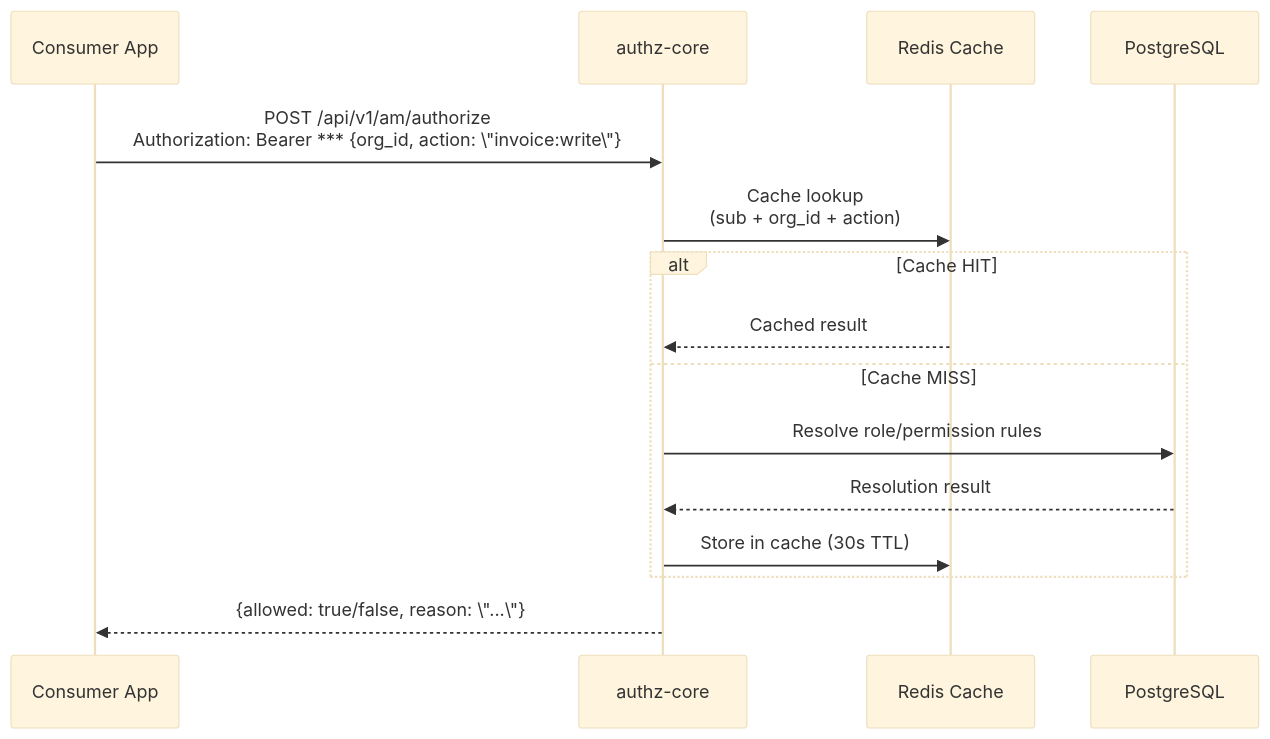
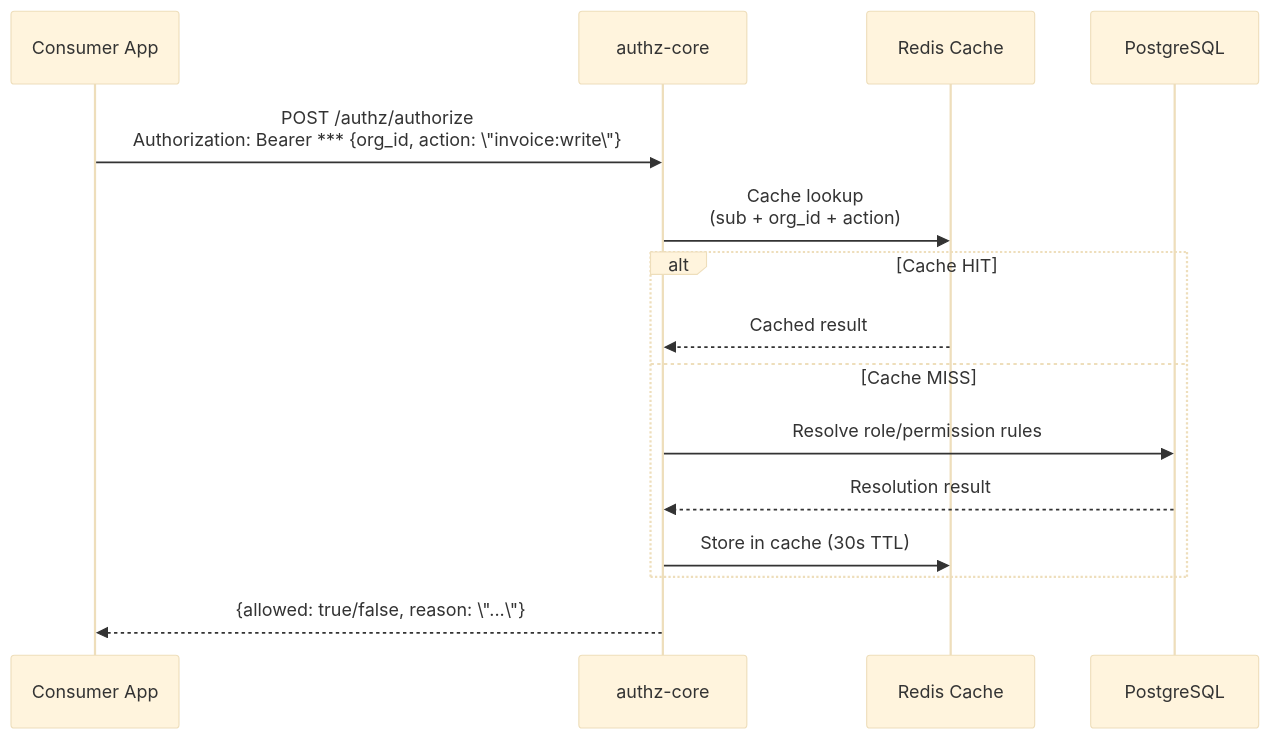
One commit to microscaler/sesame-idam changed the tenth of 14 diagrams in docs/design-doc.md. Above: the diagram before and after it, drawn with Mermaid (base theme). The commit also changed other lines of this file and 23 other files, not shown here.

````diff
--- a/docs/design-doc.md
+++ b/docs/design-doc.md
@@ -963,17 +963,17 @@
 ```mermaid
 sequenceDiagram
     participant Consumer as Consumer App
     participant AC as authz-core
     participant Redis as Redis Cache
     participant PG as PostgreSQL
-    Consumer->>AC: POST /api/v1/am/authorize<br/>Authorization: Bearer *** {org_id, action: \"invoice:write\"}
+    Consumer->>AC: POST /authz/authorize<br/>Authorization: Bearer *** {org_id, action: \"invoice:write\"}
     AC->>Redis: Cache lookup<br/>(sub + org_id + action)
     alt Cache HIT
         Redis-->>AC: Cached result
     else Cache MISS
         AC->>PG: Resolve role/permission rules
         PG-->>AC: Resolution result
         AC->>Redis: Store in cache (30s TTL)
     end
     AC-->>Consumer: {allowed: true/false, reason: \"...\"}
 ```
````
